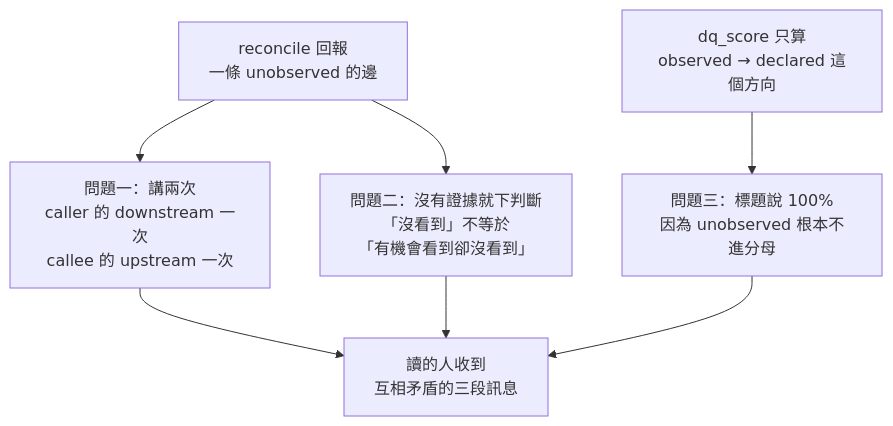
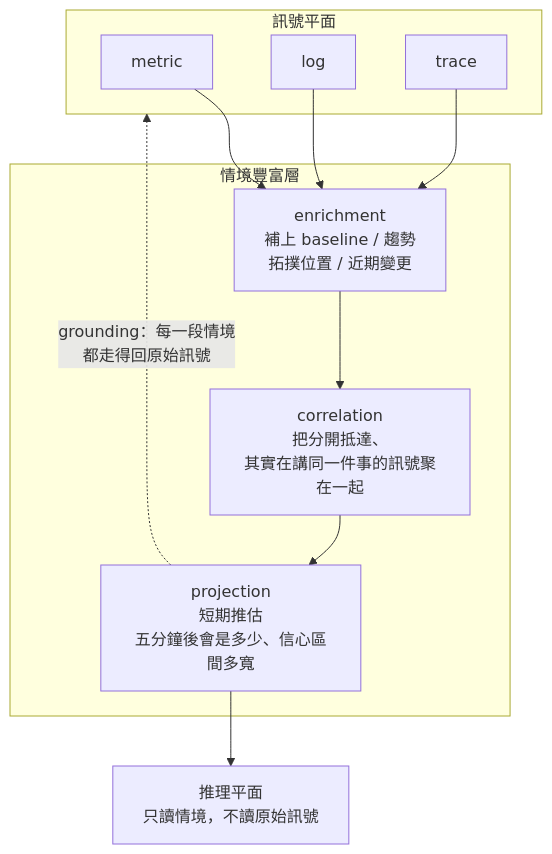
The first of 2 diagrams in weaver-demo/ironman-2026/day18.md (tedmax100/o11y-bench), drawn with Mermaid before and after one commit. The commit also changed other lines of this file and 29 other files, not shown here.

````diff
--- a/weaver-demo/ironman-2026/day18.md
+++ b/weaver-demo/ironman-2026/day18.md
@@ -45,9 +66,19 @@
 ```mermaid
 flowchart TB
-    D["reconcile 回報<br/>一條 unobserved 的邊"] --> P1["問題一：講兩次<br/>caller 的 downstream 一次<br/>callee 的 upstream 一次"]
-    D --> P2["問題二：沒有證據就下判斷<br/>「沒看到」不等於<br/>「有機會看到卻沒看到」"]
-    S["dq_score 只算<br/>observed → declared 這個方向"] --> P3["問題三：標題說 100%<br/>因為 unobserved 根本不進分母"]
-    P1 --> N["讀的人收到<br/>互相矛盾的三段訊息"]
-    P2 --> N
-    P3 --> N
+    subgraph SP["訊號平面"]
+        M["metric"]
+        L["log"]
+        T["trace"]
+    end
+    subgraph CEL["情境豐富層"]
+        E["enrichment<br/>補上 baseline / 趨勢<br/>拓撲位置 / 近期變更"]
+        C["correlation<br/>把分開抵達、<br/>其實在講同一件事的訊號聚在一起"]
+        P["projection<br/>短期推估<br/>五分鐘後會是多少、信心區間多寬"]
+    end
+    RP["推理平面<br/>只讀情境，不讀原始訊號"]
+    M --> E
+    L --> E
+    T --> E
+    E --> C --> P --> RP
+    P -.->|"grounding：每一段情境<br/>都走得回原始訊號"| SP
 ```
````
